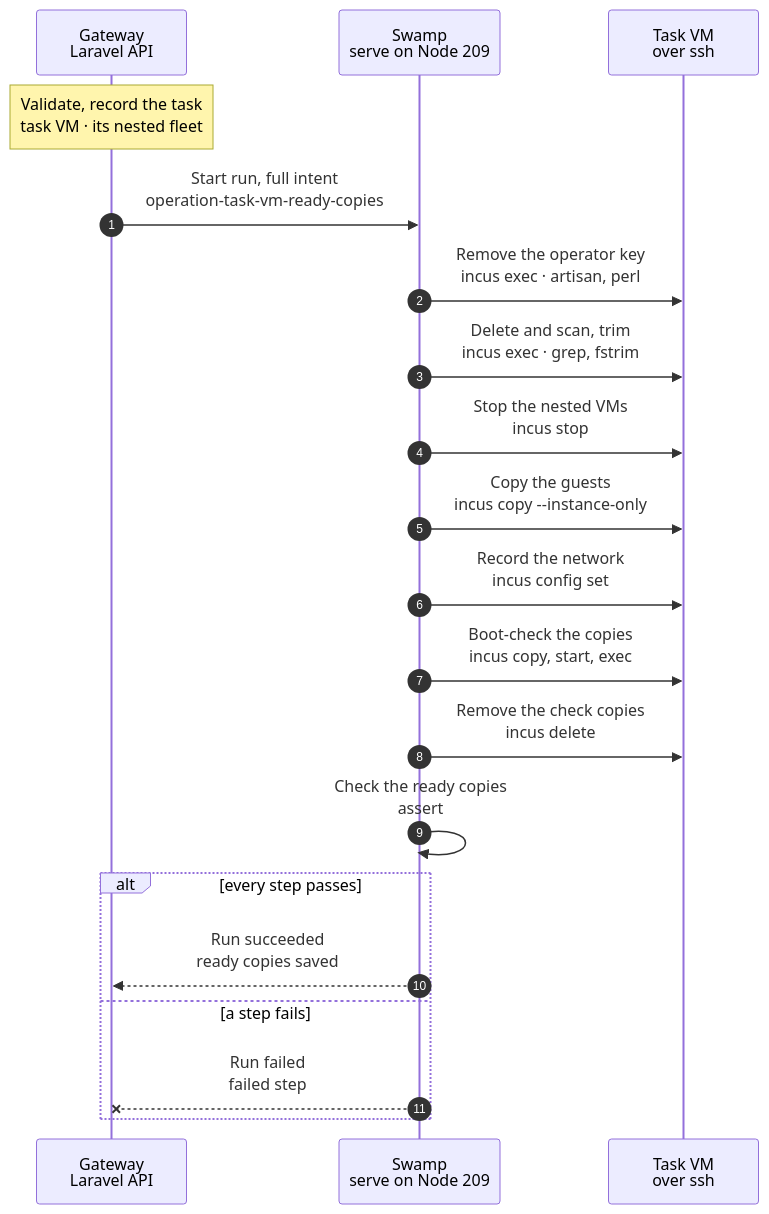
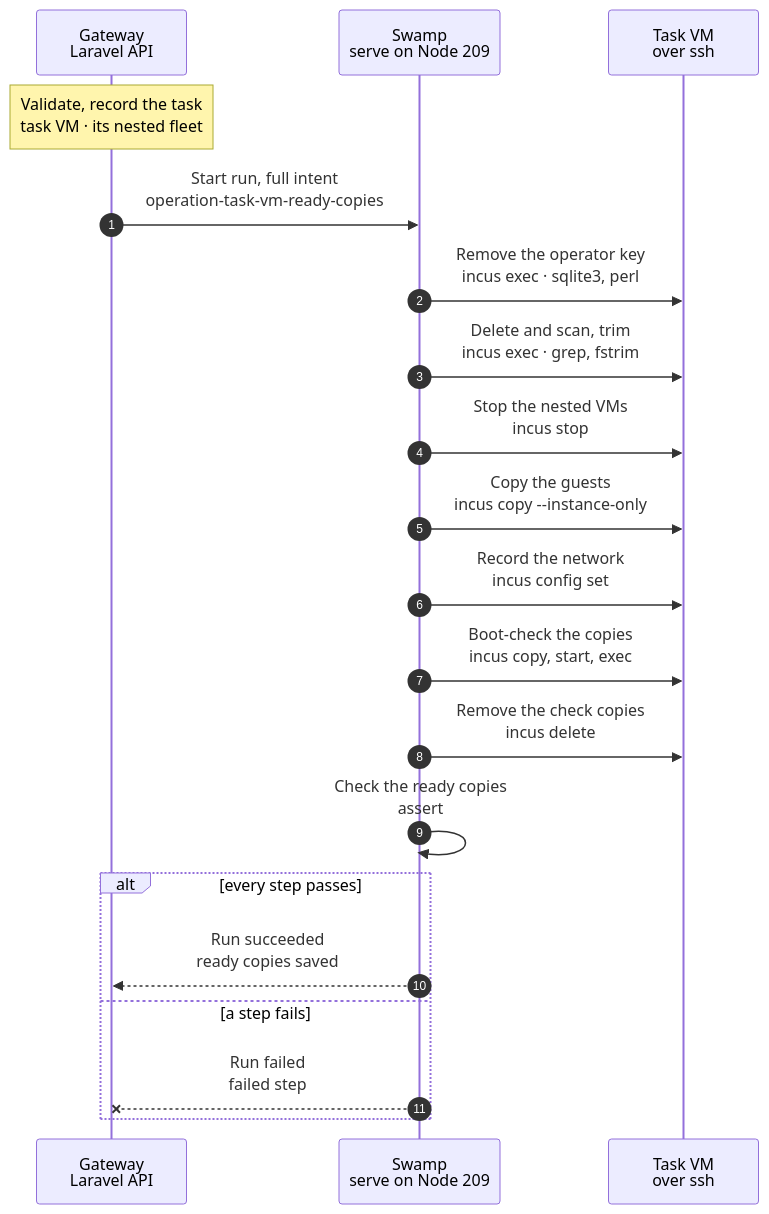
Before and after one commit to hardimpactdev/orbit: the diagram in docs/cli/tasks/vm-ready-copies.mmd, drawn with Mermaid. The commit also changed 1 other file, not shown here.

Commit message:
Remove the operator key with sqlite3 on the database the Gateway's .env names
The step then needs no mounted checkout: the state is on the guest's own disk.

```diff
--- a/docs/cli/tasks/vm-ready-copies.mmd
+++ b/docs/cli/tasks/vm-ready-copies.mmd
@@ -1,71 +1,71 @@
 sequenceDiagram
   %% Target design: the step "Save the new images" of the seed refresh, stage 6 of the command development pipeline (docs/reference/pipeline/6-task-image-seed-refresh.mmd), as a kind of its own so that it runs on any running task VM with a nested fleet. The refresh calls the same workflow as a child once it starts its own refresh VM.
   %% status: draft
   %% command: none · stage 6 saves the ready copies
   %% kind: task_vm.ready_copies
   autonumber
   %% lane GW icon=gateway pill=intent tone=blue
   %% lane SW icon=workflow pill=executes tone=green
   %% lane VM icon=server pill=target tone=purple
   participant GW as Gateway<br/>Laravel API
   participant SW as Swamp<br/>serve on Node 209
   participant VM as Task VM<br/>over ssh
   Note over GW: Validate, record the task<br/>task VM · its nested fleet
   %%> Started by:
   %%> - the operator command `task-vms:save-ready-copies VM` on the Gateway; there is no orbit CLI command
   %%> - later, the seed refresh of stage 6, as a child workflow in its refresh VM
   %%> Requirements:
   %%> - the task VM is `ready`, its guest Node is active with a recorded host key
   %%> - the nested fleet runs in it: `nested-gateway`, `nested-app-dev` and `nested-app-prod`, on the network `nested`
   %%> - no other task holds `task_vm:<id>`; a repeated admission returns the open task
   %%> Result:
   %%> - the task records the VM, its guest Node, its host key pin and the names of the nested VMs
   %%> - the proof Swamp Club key goes to the vault as a copy; the intent holds only its name
   GW->>SW: Start run, full intent<br/>operation-task-vm-ready-copies
   %%> What it does:
   %%> - starts one Swamp run on serve (Node 209); every step is one `incus` command over official `@swamp/ssh` to the VM, with literal argv
-  SW->>VM: Remove the operator key<br/>incus exec · artisan, perl
+  SW->>VM: Remove the operator key<br/>incus exec · sqlite3, perl
   %%> What it does:
-  %%> - sets the WireGuard key of the nested Gateway's `operator` Node record to null, and takes the operator peer (10.45.0.10) out of the Gateway hub file
+  %%> - sets the WireGuard key of the nested Gateway's `operator` Node record to null in the database its `.env` names, and takes the operator peer (10.45.0.10) out of the WireGuard files of the Gateway hub
   %%> Why:
   %%> - the key belongs to the VM that made the copies; a task VM that starts them makes its own (stage 2), so the old key works nowhere else
   SW->>VM: Delete and scan, trim<br/>incus exec · grep, fstrim
   %%> What it does:
   %%> - deletes the proof Swamp Club key from the nested Gateway, then searches every file of all three guests for it by value, with the key on standard input
   %%> - runs `fstrim` so the freed blocks of the deleted key are discarded from the disk image that every task VM clones
   %%> Why:
   %%> - the seed is cloned into every task VM of the host; a key in it would reach all of them
   SW->>VM: Stop the nested VMs<br/>incus stop
   %%> What it does:
   %%> - one clean stop of the three guests, so a copy holds finished file systems
   SW->>VM: Copy the guests<br/>incus copy --instance-only
   %%> What it does:
   %%> - deletes the earlier `fleet-ready-*` copies, then copies each guest to `fleet-ready-gateway`, `fleet-ready-app-dev` and `fleet-ready-app-prod`, without the `base` snapshot of the earlier fleet
   %%> - removes the NIC from each copy
   %%> Self-contained:
   %%> - a copy keeps its `.env`, `storage`, `bootstrap/cache` and database on its own disk and holds no checkout; every task VM mounts its own over NFS (stage 2)
   SW->>VM: Record the network<br/>incus config set
   %%> What it does:
   %%> - stores on each copy `user.ready.subnet`, `user.ready.hwaddr` and `user.ready.ipv4`, its role and the time; a task VM creates the network from the subnet
   %%> - writes `user.ready.complete` last, on all three: a set without it is half made
   SW->>VM: Boot-check the copies<br/>incus copy, start, exec
   %%> What it does:
   %%> - starts a throwaway copy of each ready copy, waits for its agent, and checks it: no Club key, no checkout, the state on its own disk, no operator key in the record or on the hub
   %%> - the ready copies themselves are never started
   SW->>VM: Remove the check copies<br/>incus delete
   %%> Why:
   %%> - runs after success, failure and cancellation
   SW->>SW: Check the ready copies<br/>assert
   %%> End check:
   %%> - a native `assert`: no operator key in the record, all three copies stateful and without a NIC
   alt every step passes
     SW-->>GW: Run succeeded<br/>ready copies saved
     %%> Result:
     %%> - the Gateway records the task as succeeded; the copies are in the VM's seed disk, ready to become the host's seed
   else a step fails
     SW--xGW: Run failed<br/>failed step
     %%> On the VM:
     %%> - a failure before the copy step leaves the earlier copies; the nested VMs may stay stopped, so start them before the next run
     %%> Result:
     %%> - the task fails with the failed step named; the next run starts again
   end
```
